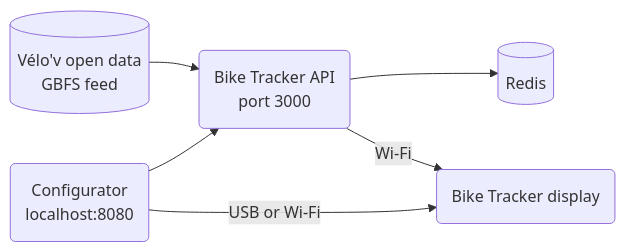
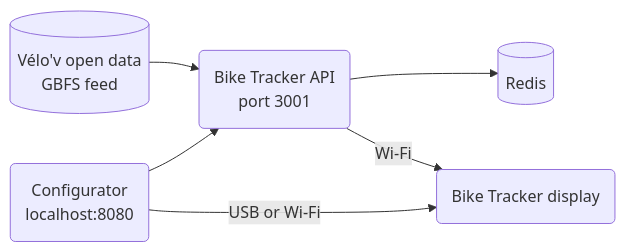
One commit to tiralmos/bike-tracker-api changed the diagram in docs/deployment/deploy-velov.md. Above: the diagram before and after it, drawn with Mermaid. The commit also changed other lines of this file and 2 other files, not shown here.

First line of the commit message:
feat(deploy): make the Vélo'v API port configurable

````diff
--- a/docs/deployment/deploy-velov.md
+++ b/docs/deployment/deploy-velov.md
@@ -16,8 +16,8 @@
 ```mermaid
 graph LR
-    GBFS[(Vélo'v open data<br/>GBFS feed)] --> API(Bike Tracker API<br/>port 3000)
+    GBFS[(Vélo'v open data<br/>GBFS feed)] --> API(Bike Tracker API<br/>port 3001)
     API --> REDIS[(Redis)]
     API -->|Wi-Fi| ESP(Bike Tracker display)
     CONF(Configurator<br/>localhost:8080) -->|USB or Wi-Fi| ESP
     CONF --> API
 ```
````
